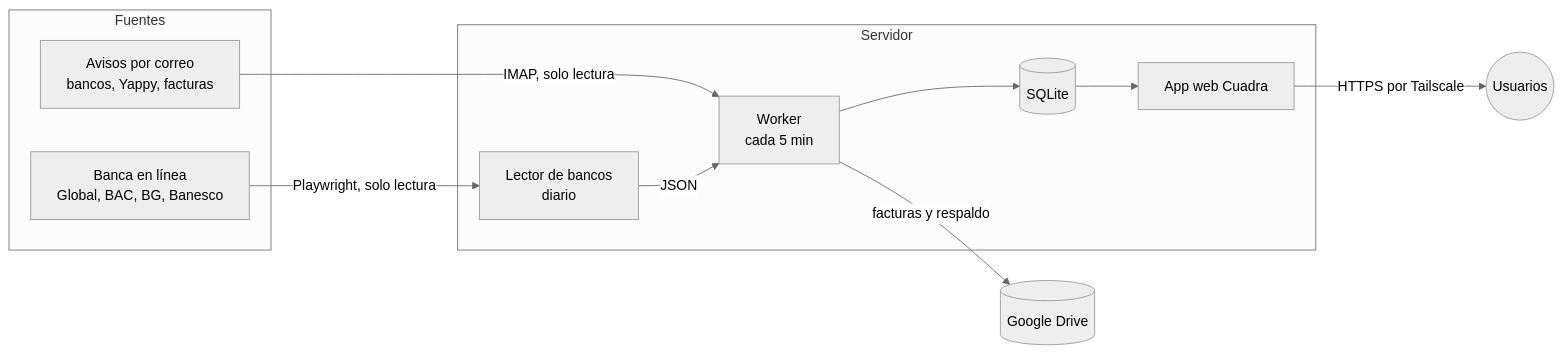
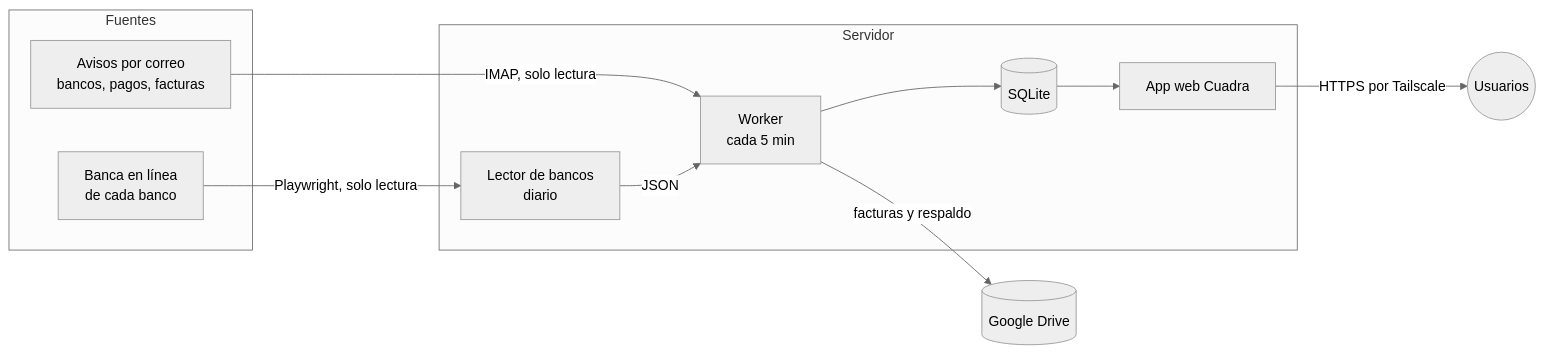
One commit to KleverBatista-max/cuadra changed the diagram in README.md. Above: the diagram before and after it, drawn with Mermaid (neutral theme). The commit also changed other lines of this file and 17 other files, not shown here.

````diff
--- a/README.md
+++ b/README.md
@@ -149,19 +149,19 @@
 ```mermaid
 flowchart LR
     subgraph Fuentes
-        A[Avisos por correo<br/>bancos, Yappy, facturas]
-        B[Banca en línea<br/>Global, BAC, BG, Banesco]
+        A[Avisos por correo<br/>bancos, pagos, facturas]
+        B[Banca en línea<br/>de cada banco]
     end
     subgraph Servidor
         W[Worker<br/>cada 5 min]
         L[Lector de bancos<br/>diario]
         D[(SQLite)]
         P[App web Cuadra]
     end
     A -->|IMAP, solo lectura| W
     B -->|Playwright, solo lectura| L
     L -->|JSON| W
     W --> D --> P
     W -->|facturas y respaldo| G[(Google Drive)]
     P -->|HTTPS por Tailscale| U((Usuarios))
 ```
````
